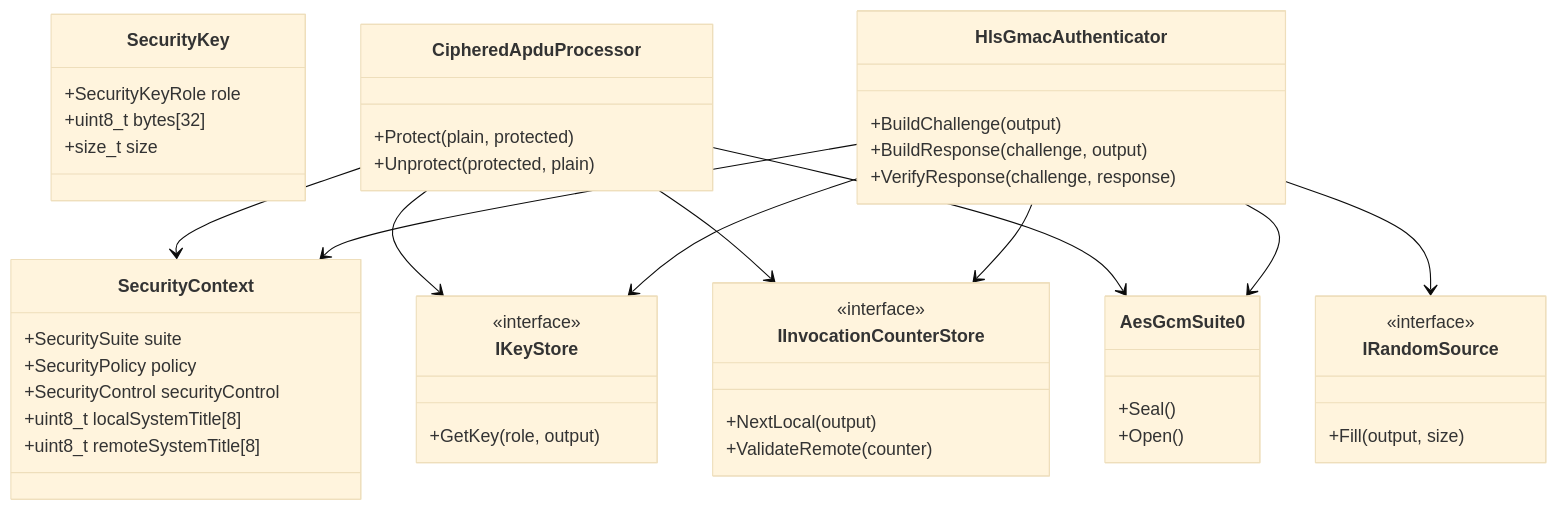
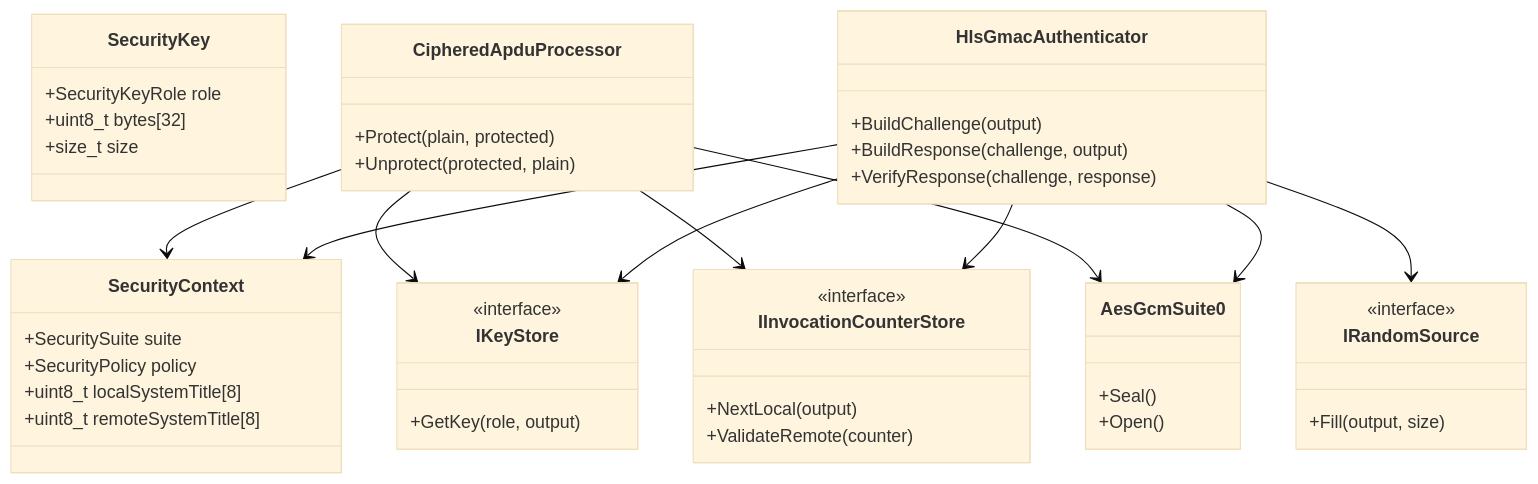
The second of 4 diagrams in docs/02_security_architecture.md (gvtret/dlms-security), drawn with Mermaid (base theme) before and after one commit. The commit also changed other lines of this file and 7 other files, not shown here.

````diff
--- a/docs/02_security_architecture.md
+++ b/docs/02_security_architecture.md
@@ -50,59 +50,58 @@
 ```mermaid
 classDiagram
   class SecurityContext {
     +SecuritySuite suite
     +SecurityPolicy policy
-    +SecurityControl securityControl
     +uint8_t localSystemTitle[8]
     +uint8_t remoteSystemTitle[8]
   }
 
   class SecurityKey {
     +SecurityKeyRole role
     +uint8_t bytes[32]
     +size_t size
   }
 
   class IKeyStore {
     <<interface>>
     +GetKey(role, output)
   }
 
   class IInvocationCounterStore {
     <<interface>>
     +NextLocal(output)
     +ValidateRemote(counter)
   }
 
   class IRandomSource {
     <<interface>>
     +Fill(output, size)
   }
 
   class CipheredApduProcessor {
     +Protect(plain, protected)
     +Unprotect(protected, plain)
   }
 
   class HlsGmacAuthenticator {
     +BuildChallenge(output)
     +BuildResponse(challenge, output)
     +VerifyResponse(challenge, response)
   }
 
   class AesGcmSuite0 {
     +Seal()
     +Open()
   }
 
   CipheredApduProcessor --> SecurityContext
   CipheredApduProcessor --> IKeyStore
   CipheredApduProcessor --> IInvocationCounterStore
   CipheredApduProcessor --> AesGcmSuite0
 
   HlsGmacAuthenticator --> SecurityContext
   HlsGmacAuthenticator --> IKeyStore
   HlsGmacAuthenticator --> IInvocationCounterStore
   HlsGmacAuthenticator --> IRandomSource
   HlsGmacAuthenticator --> AesGcmSuite0
 ```
````
